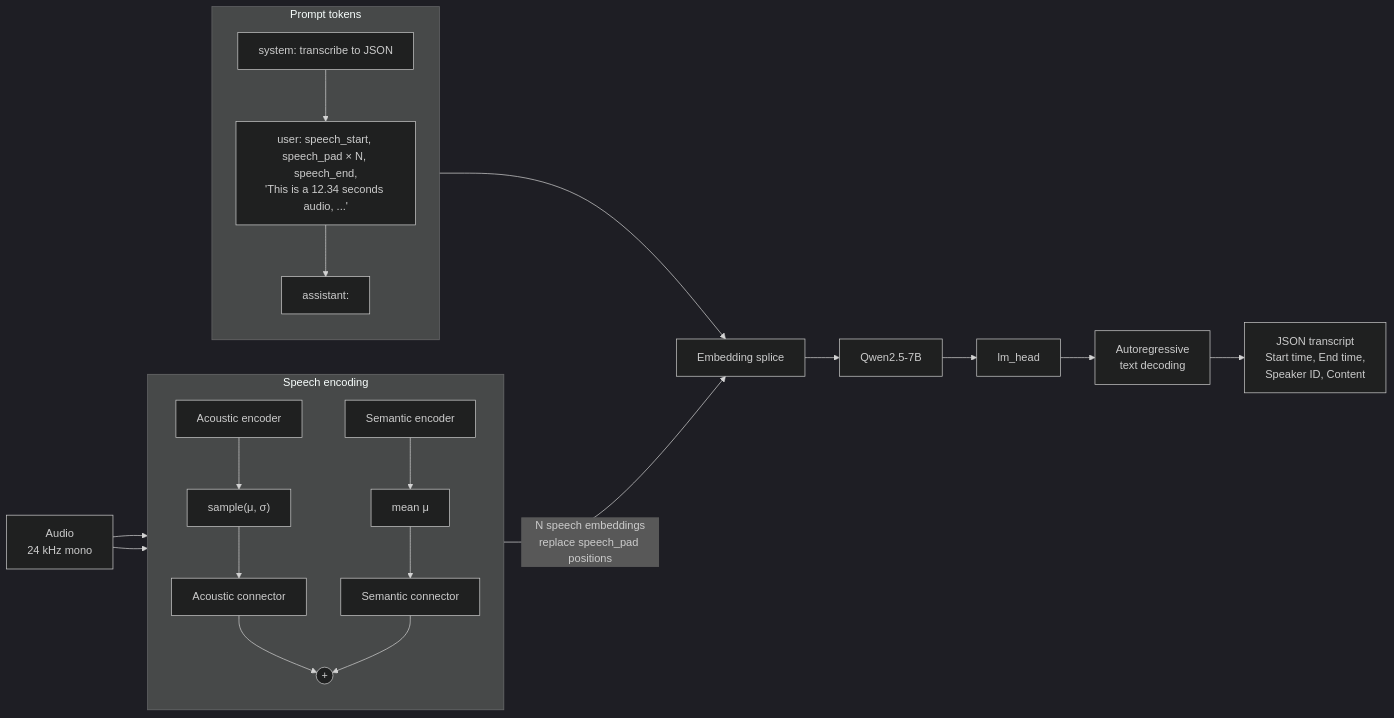
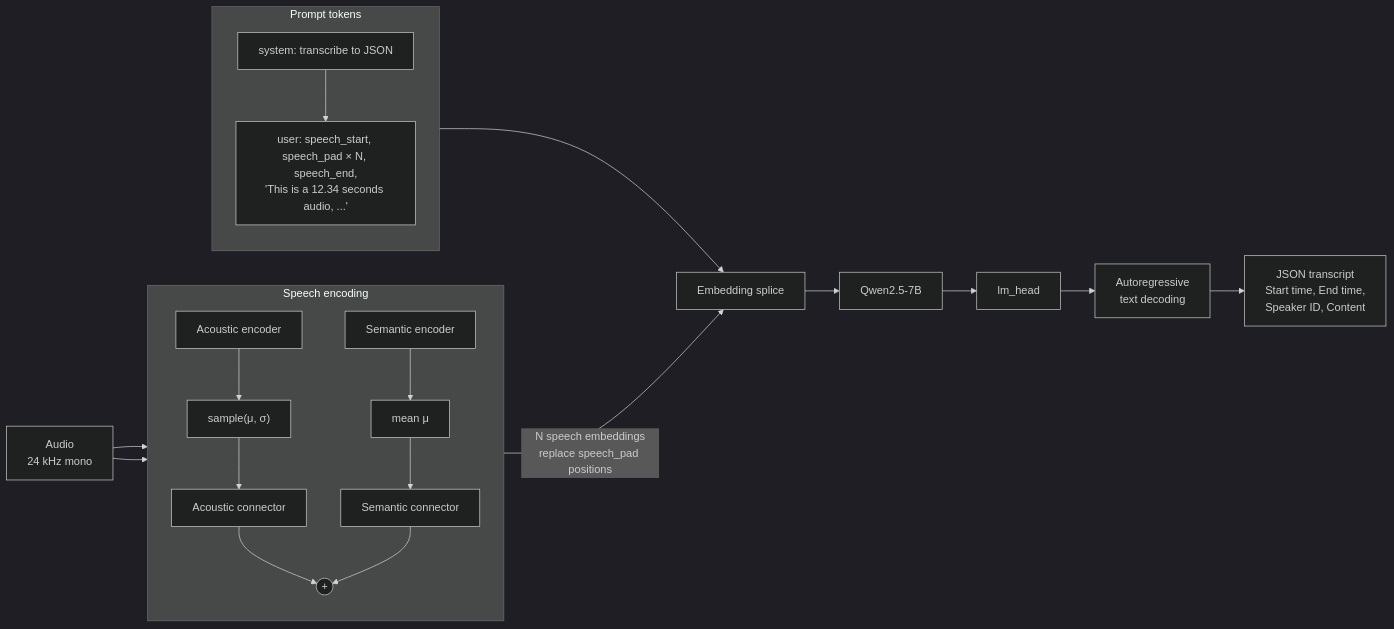
One commit to zhao-kun/VibeVoiceFusion changed the first of 4 diagrams in docs/vibevoice-asr-design.md. Above: the diagram before and after it, drawn with Mermaid (dark theme). The commit also changed other lines of this file and 8 other files, not shown here.

````diff
--- a/docs/vibevoice-asr-design.md
+++ b/docs/vibevoice-asr-design.md
@@ -27,27 +27,26 @@
 ```mermaid
 flowchart LR
     audio["Audio<br/>24 kHz mono"]
 
     subgraph enc["Speech encoding"]
         direction TB
         ac["Acoustic encoder"] --> smp["sample(μ, σ)"] --> acc["Acoustic connector"]
         se["Semantic encoder"] --> mu["mean μ"] --> sec["Semantic connector"]
         acc --> add(("+"))
         sec --> add
     end
 
     subgraph prompt["Prompt tokens"]
         direction TB
         sys["system: transcribe to JSON"]
         usr["user: speech_start, speech_pad × N, speech_end,<br/>'This is a 12.34 seconds audio, ...'"]
-        ast["assistant:"]
-        sys --> usr --> ast
+        sys --> usr
     end
 
     audio --> ac
     audio --> se
     add -- "N speech embeddings<br/>replace speech_pad positions" --> splice["Embedding splice"]
     prompt --> splice
     splice --> lm["Qwen2.5-7B"] --> head["lm_head"] --> dec["Autoregressive<br/>text decoding"]
     dec --> out["JSON transcript<br/>Start time, End time,<br/>Speaker ID, Content"]
 ```
````
